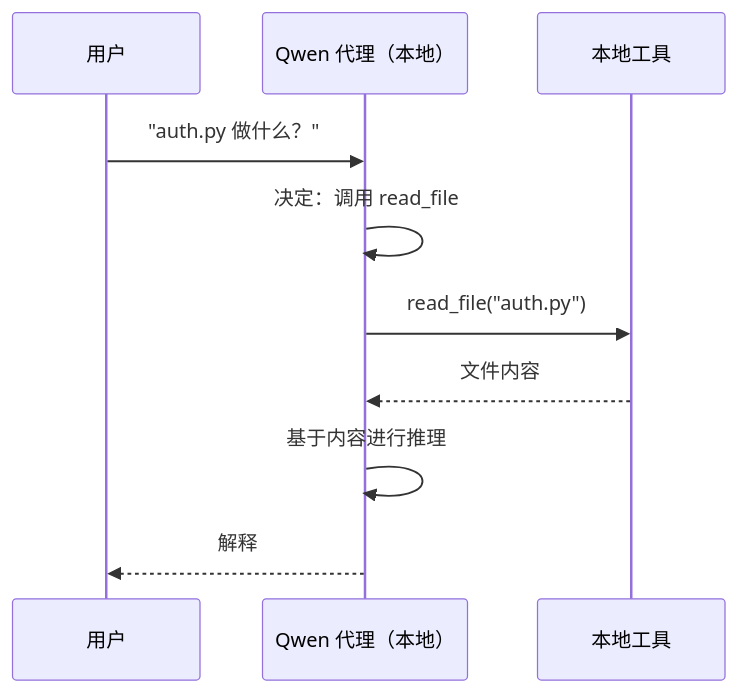
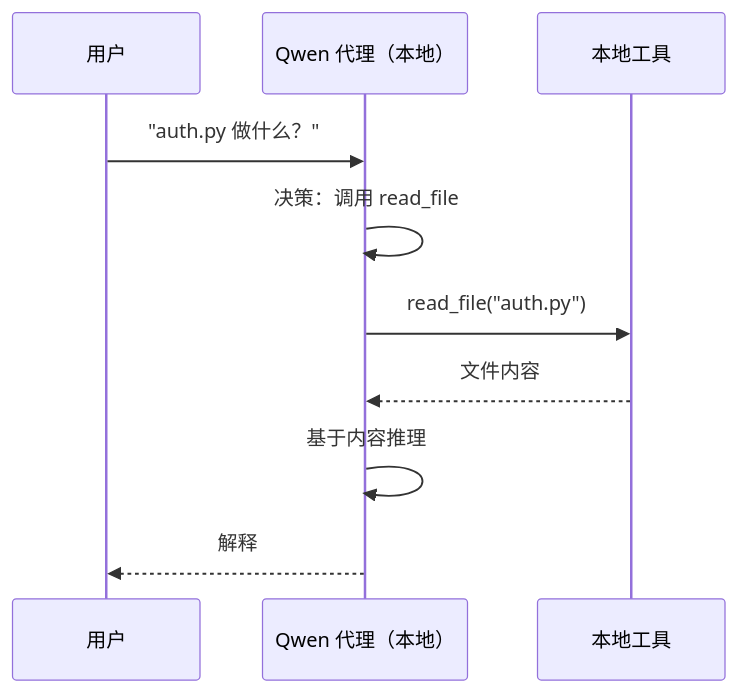
Before and after one commit to gabrielmoreira/agent-skills-mirror: the second of 4 diagrams in mirrors/repos/microsoft@ai-agents-for-beginners/translations/zh-CN/17-creating-local-ai-agents/README.md, drawn with Mermaid. The commit also changed other lines of this file and 4262 other files, not shown here.

````diff
--- a/mirrors/repos/microsoft@ai-agents-for-beginners/translations/zh-CN/17-creating-local-ai-agents/README.md
+++ b/mirrors/repos/microsoft@ai-agents-for-beginners/translations/zh-CN/17-creating-local-ai-agents/README.md
@@ -106,12 +106,12 @@
 ```mermaid
 sequenceDiagram
     participant U as 用户
     participant A as Qwen 代理（本地）
     participant T as 本地工具
     U->>A: "auth.py 做什么？"
-    A->>A: 决定：调用 read_file
+    A->>A: 决策：调用 read_file
     A->>T: read_file("auth.py")
     T-->>A: 文件内容
-    A->>A: 基于内容进行推理
+    A->>A: 基于内容推理
     A-->>U: 解释
 ```
````
